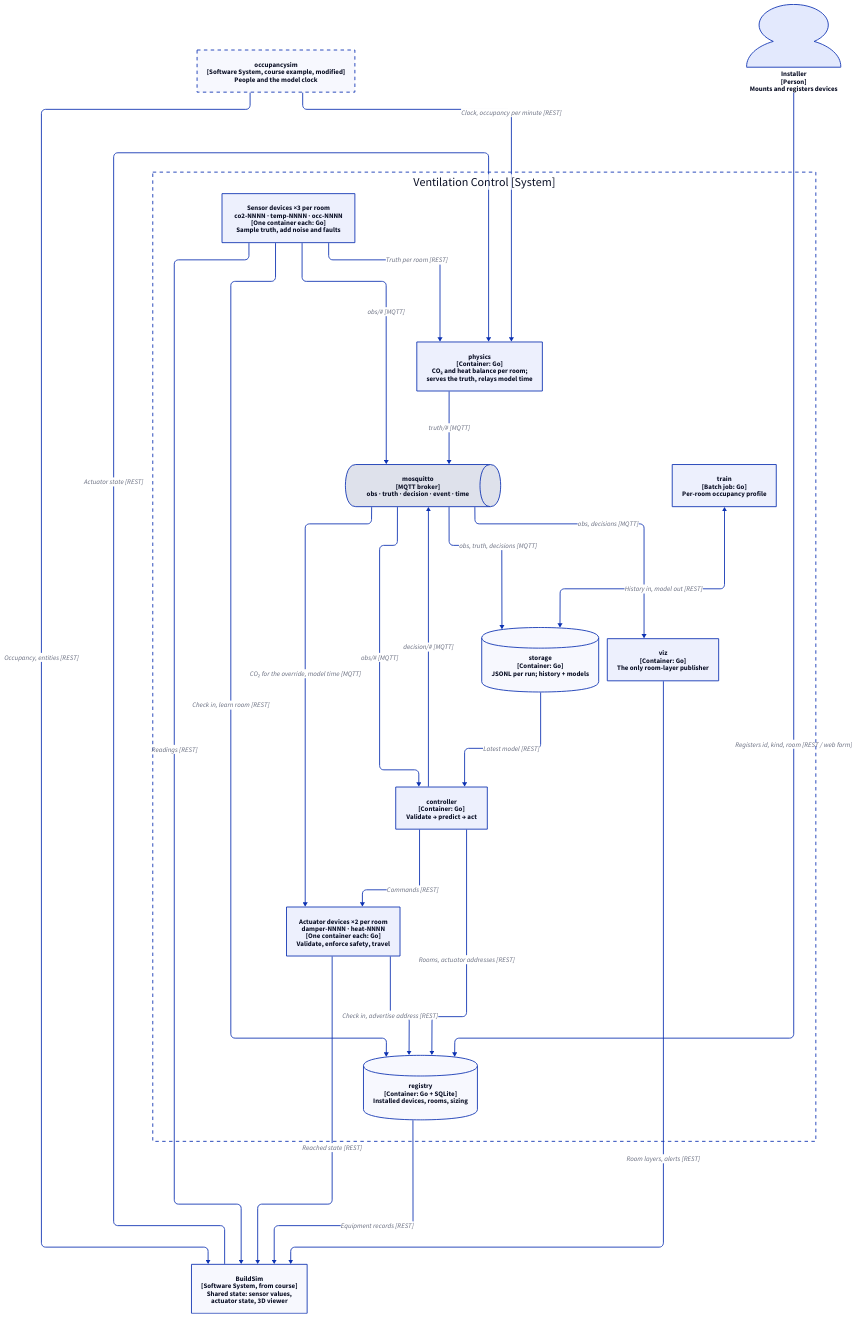
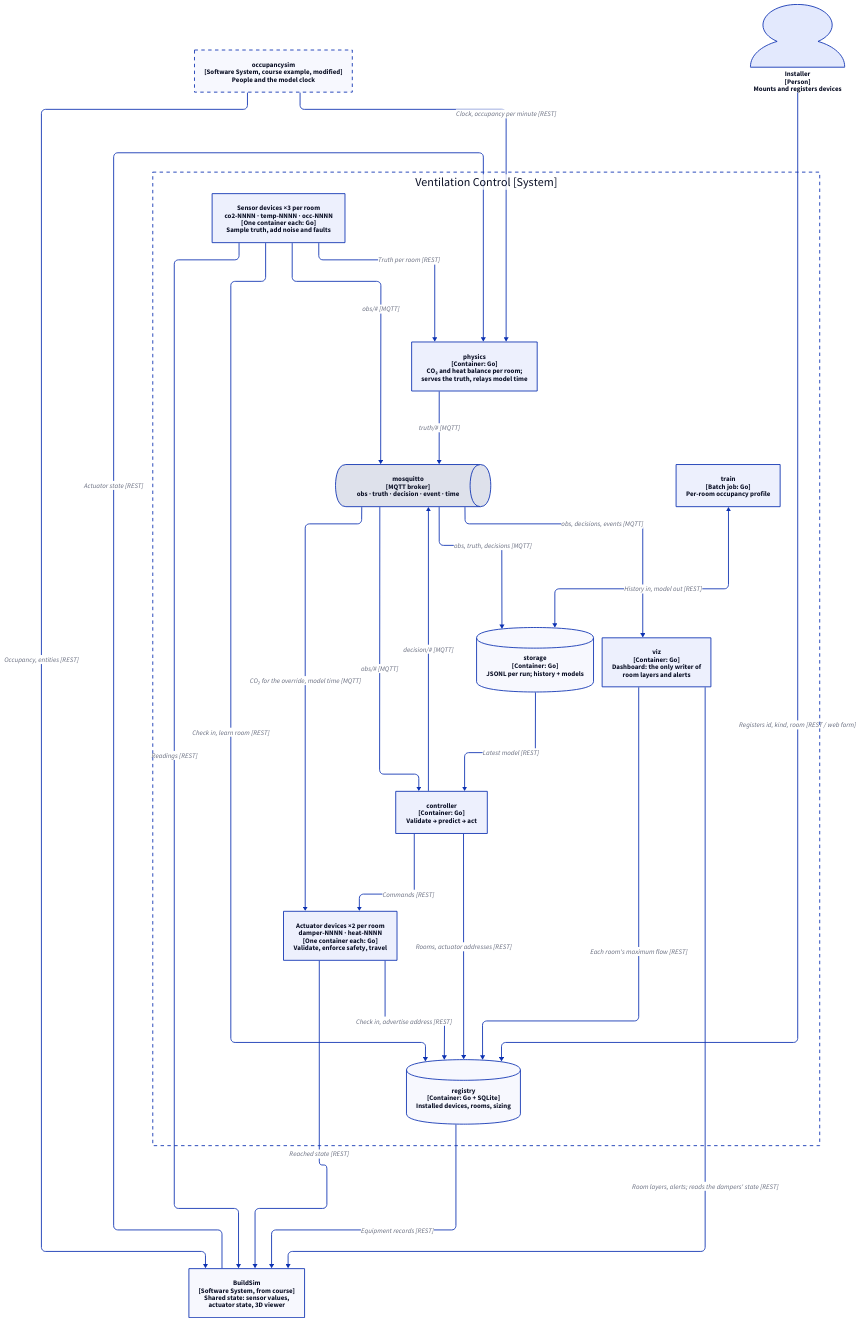
The diagram in docs/diagrams/container.d2 (MisterD0ctor/d7065e-project), drawn with D2 before and after one commit. The commit also changed 10 other files, not shown here.

First line of the commit message:
viz: the dashboard in the BuildSim viewer

```diff
--- a/docs/diagrams/container.d2
+++ b/docs/diagrams/container.d2
@@ -1,59 +1,60 @@
 vars: {
   d2-config: {
     layout-engine: elk
   }
 }
 
 direction: down
 
 bs: "BuildSim\n[Software System, from course]\nShared state: sensor values,\nactuator state, 3D viewer"
 occ: "occupancysim\n[Software System, course example, modified]\nPeople and the model clock" {
   style.stroke-dash: 4
 }
 installer: "Installer\n[Person]\nMounts and registers devices" {
   shape: person
 }
 
 sys: "Ventilation Control  [System]" {
   style.stroke-dash: 4
   style.fill: transparent
 
   physics: "physics\n[Container: Go]\nCO₂ and heat balance per room;\nserves the truth, relays model time"
   registry: "registry\n[Container: Go + SQLite]\nInstalled devices, rooms, sizing" {
     shape: cylinder
   }
   sensors: "Sensor devices ×3 per room\nco2-NNNN · temp-NNNN · occ-NNNN\n[One container each: Go]\nSample truth, add noise and faults"
   broker: "mosquitto\n[MQTT broker]\nobs · truth · decision · event · time" {
     shape: queue
   }
   controller: "controller\n[Container: Go]\nValidate → predict → act"
   actuators: "Actuator devices ×2 per room\ndamper-NNNN · heat-NNNN\n[One container each: Go]\nValidate, enforce safety, travel"
   storage: "storage\n[Container: Go]\nJSONL per run; history + models" {
     shape: cylinder
   }
   train: "train\n[Batch job: Go]\nPer-room occupancy profile"
-  viz: "viz\n[Container: Go]\nThe only room-layer publisher"
+  viz: "viz\n[Container: Go]\nDashboard: the only writer of\nroom layers and alerts"
 }
 
 installer -> sys.registry: "Registers id, kind, room [REST / web form]"
 occ -> bs: "Occupancy, entities [REST]"
 occ -> sys.physics: "Clock, occupancy per minute [REST]"
 bs -> sys.physics: "Actuator state [REST]"
 sys.sensors -> sys.registry: "Check in, learn room [REST]"
 sys.actuators -> sys.registry: "Check in, advertise address [REST]"
 sys.controller -> sys.registry: "Rooms, actuator addresses [REST]"
 sys.registry -> bs: "Equipment records [REST]"
 sys.sensors -> sys.physics: "Truth per room [REST]"
 sys.sensors -> bs: "Readings [REST]"
 sys.sensors -> sys.broker: "obs/# [MQTT]"
 sys.physics -> sys.broker: "truth/# [MQTT]"
 sys.broker -> sys.controller: "obs/# [MQTT]"
 sys.controller -> sys.broker: "decision/# [MQTT]"
 sys.controller -> sys.actuators: "Commands [REST]"
 sys.broker -> sys.actuators: "CO₂ for the override, model time [MQTT]"
 sys.actuators -> bs: "Reached state [REST]"
 sys.broker -> sys.storage: "obs, truth, decisions [MQTT]"
 sys.storage -> sys.controller: "Latest model [REST]"
 sys.train <-> sys.storage: "History in, model out [REST]"
-sys.broker -> sys.viz: "obs, decisions [MQTT]"
-sys.viz -> bs: "Room layers, alerts [REST]"
+sys.broker -> sys.viz: "obs, decisions, events [MQTT]"
+sys.viz -> bs: "Room layers, alerts; reads the dampers' state [REST]"
+sys.viz -> sys.registry: "Each room's maximum flow [REST]"
```
